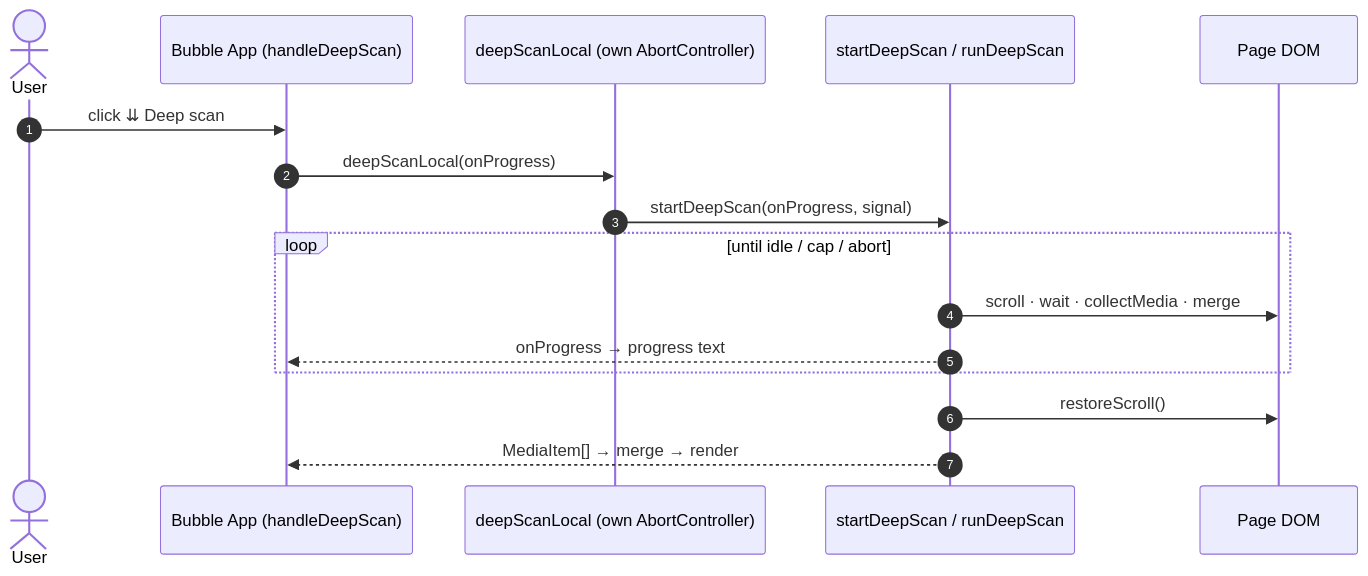
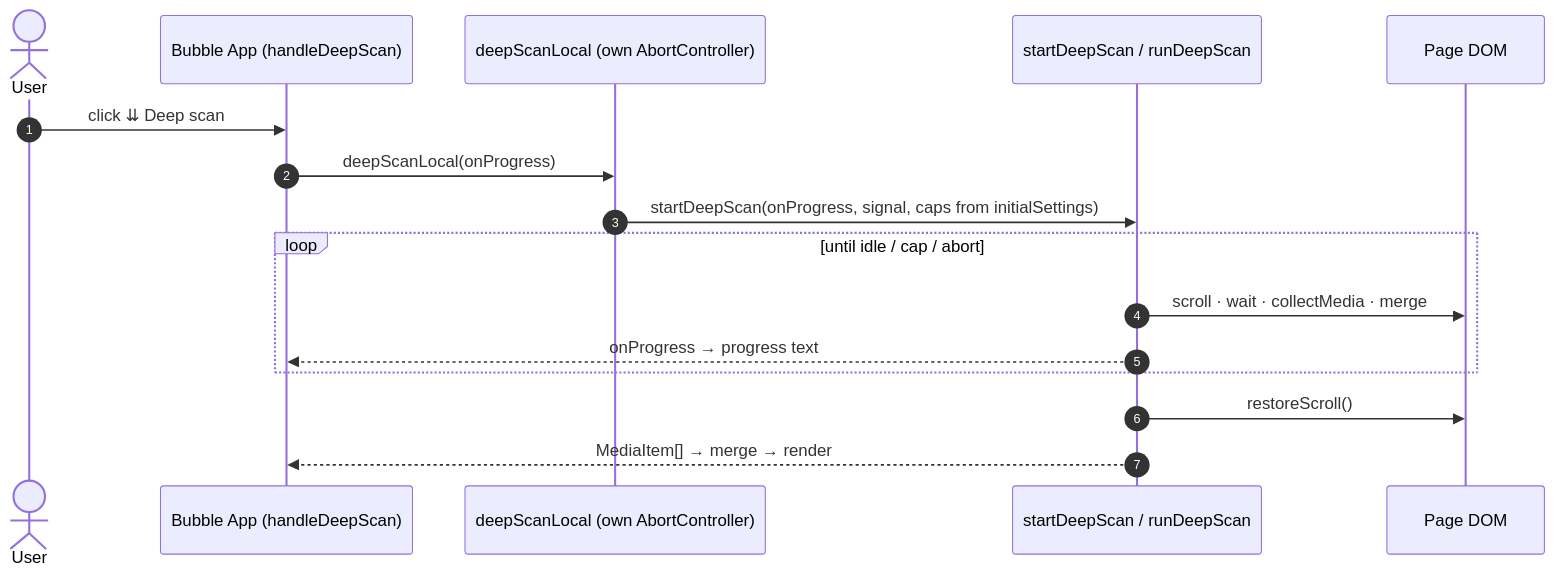
One commit to mralaminahamed/media-bulk-downloads changed the second of 3 diagrams in docs/guides/deep-scan.md. Above: the diagram before and after it, drawn with Mermaid. The commit also changed other lines of this file and 5 other files, not shown here.

````diff
--- a/docs/guides/deep-scan.md
+++ b/docs/guides/deep-scan.md
@@ -53,19 +53,19 @@
 ```mermaid
 sequenceDiagram
   autonumber
   actor U as User
   participant B as Bubble App (handleDeepScan)
   participant A as deepScanLocal (own AbortController)
   participant R as startDeepScan / runDeepScan
   participant DOM as Page DOM
 
   U->>B: click ⇊ Deep scan
   B->>A: deepScanLocal(onProgress)
-  A->>R: startDeepScan(onProgress, signal)
+  A->>R: startDeepScan(onProgress, signal, caps from initialSettings)
   loop until idle / cap / abort
     R->>DOM: scroll · wait · collectMedia · merge
     R-->>B: onProgress → progress text
   end
   R->>DOM: restoreScroll()
   R-->>B: MediaItem[] → merge → render
 ```
````
